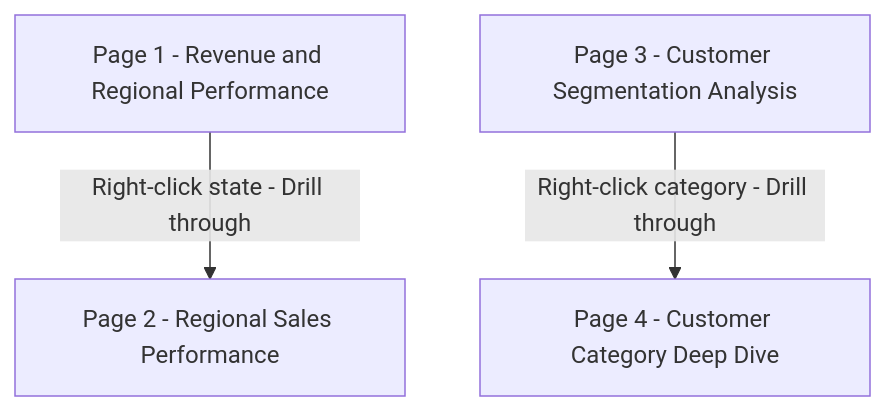
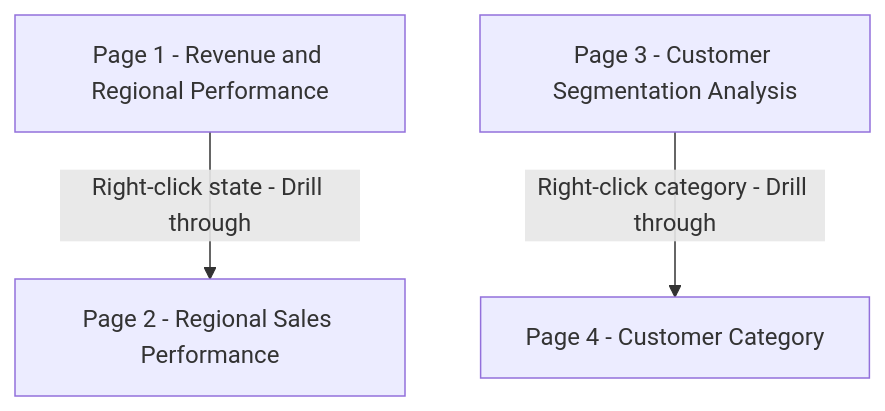
Before and after one commit to nive710/WWI-Power-BI-Portfolio: the diagram in README.md, drawn with Mermaid. The commit also changed other lines of this file, not shown here.

````diff
--- a/README.md
+++ b/README.md
@@ -30,5 +30,5 @@
 ```mermaid
 graph TD
     A[Page 1 - Revenue and Regional Performance] -->|Right-click state - Drill through| B[Page 2 - Regional Sales Performance]
-    C[Page 3 - Customer Segmentation Analysis] -->|Right-click category - Drill through| D[Page 4 - Customer Category Deep Dive]
+    C[Page 3 - Customer Segmentation Analysis] -->|Right-click category - Drill through| D[Page 4 - Customer Category]
 ```
````
